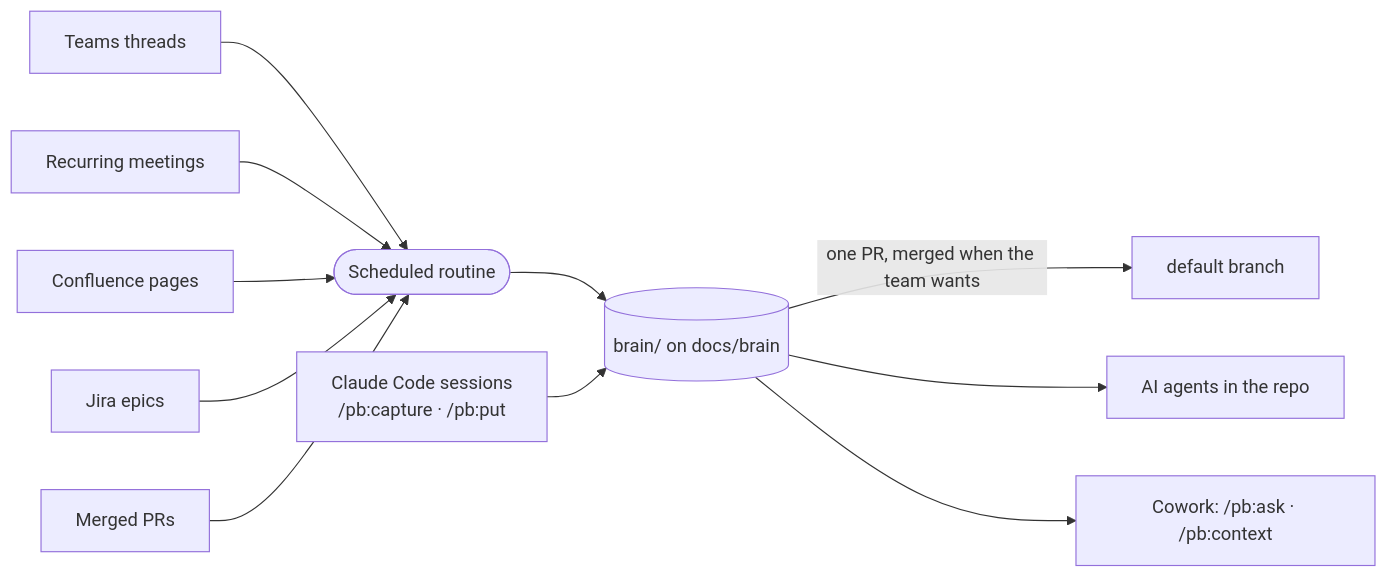
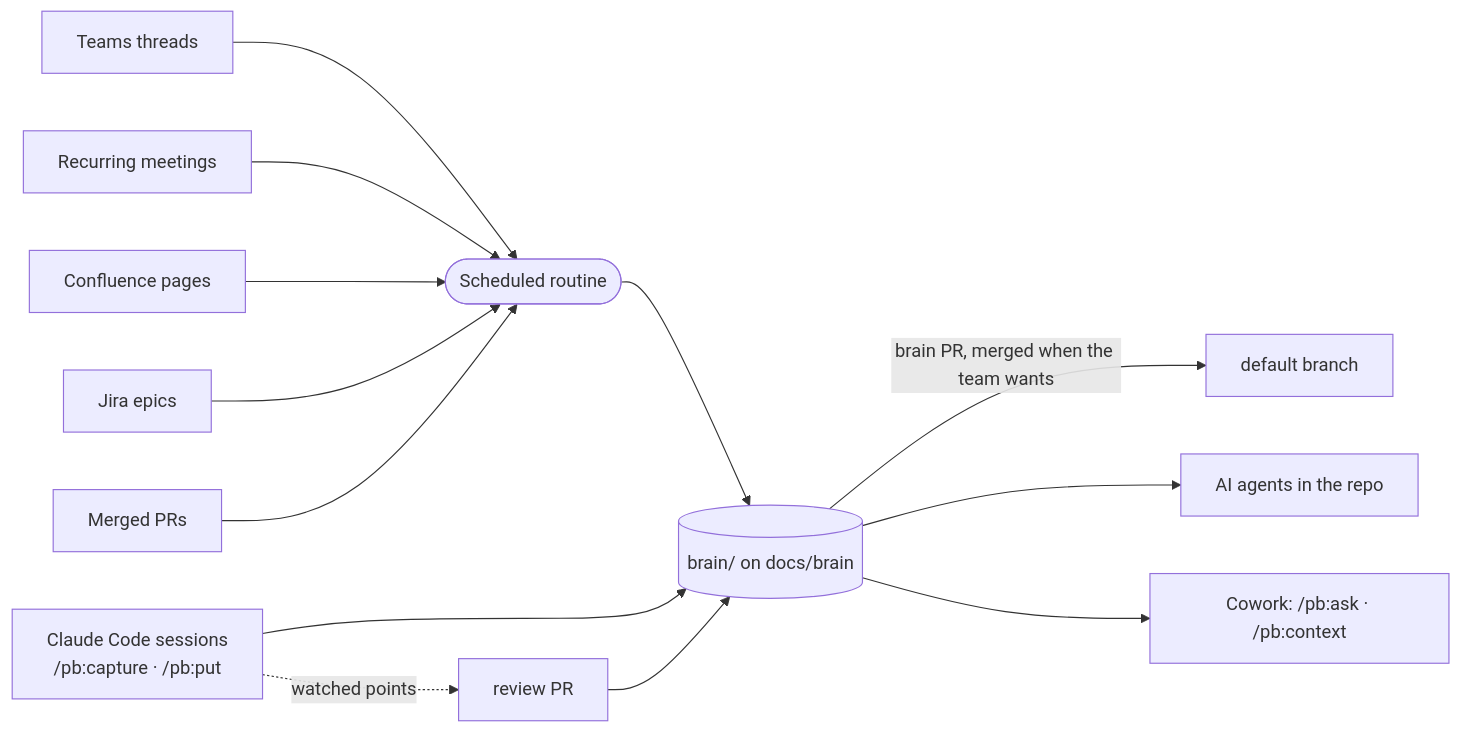
The diagram in README.md (minox86/project-brain), drawn with Mermaid before and after one commit. The commit also changed other lines of this file and 7 other files, not shown here.

Commit message:
docs: README in line with 0.2 (saving, review and brain PRs, upgrading, full command list); version 0.2.0

````diff
--- a/README.md
+++ b/README.md
@@ -34,13 +34,14 @@
 ```mermaid
 flowchart LR
     T[Teams threads] --> R
     M[Recurring meetings] --> R
     C[Confluence pages] --> R
     J[Jira epics] --> R
     P[Merged PRs] --> R
     R([Scheduled routine]) --> B[(brain/ on docs/brain)]
     D[Claude Code sessions<br>/pb:capture · /pb:put] --> B
-    B -- one PR, merged when the team wants --> K[default branch]
+    D -. watched points .-> V[review PR] --> B
+    B -- brain PR, merged when the team wants --> K[default branch]
     B --> A[AI agents in the repo]
     B --> W[Cowork: /pb:ask · /pb:context]
 ```
````
